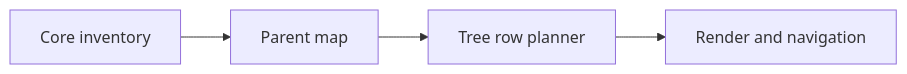
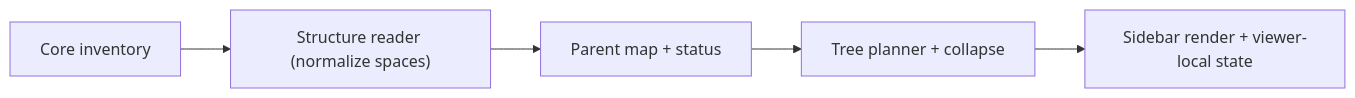
The diagram in docs/agent-tree/design.md (simo-hsieh/hc-tui), drawn with Mermaid before and after one commit. The commit also changed other lines of this file and 10 other files, not shown here.

Commit message:
feat(agent-tree): auto-enable on parent links, persist collapsed state, and update design doc

````diff
--- a/docs/agent-tree/design.md
+++ b/docs/agent-tree/design.md
@@ -15,6 +15,7 @@
 ```mermaid
 flowchart LR
-    A[Core inventory] --> B[Parent map]
-    B --> C[Tree row planner]
-    C --> D[Render and navigation]
+    A["Core inventory"] --> B["Structure reader (normalize spaces)"]
+    B --> C["Parent map + status"]
+    C --> D["Tree planner + collapse"]
+    D --> E["Sidebar render + viewer-local state"]
 ```
````
